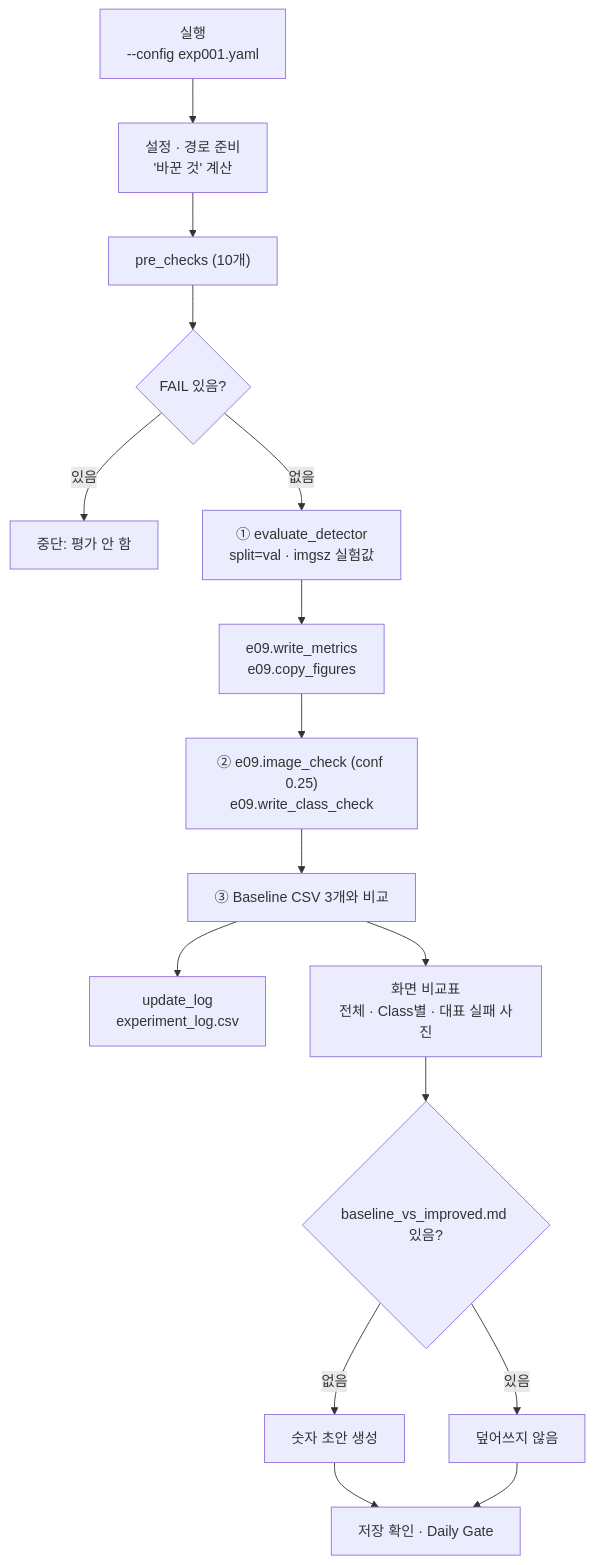
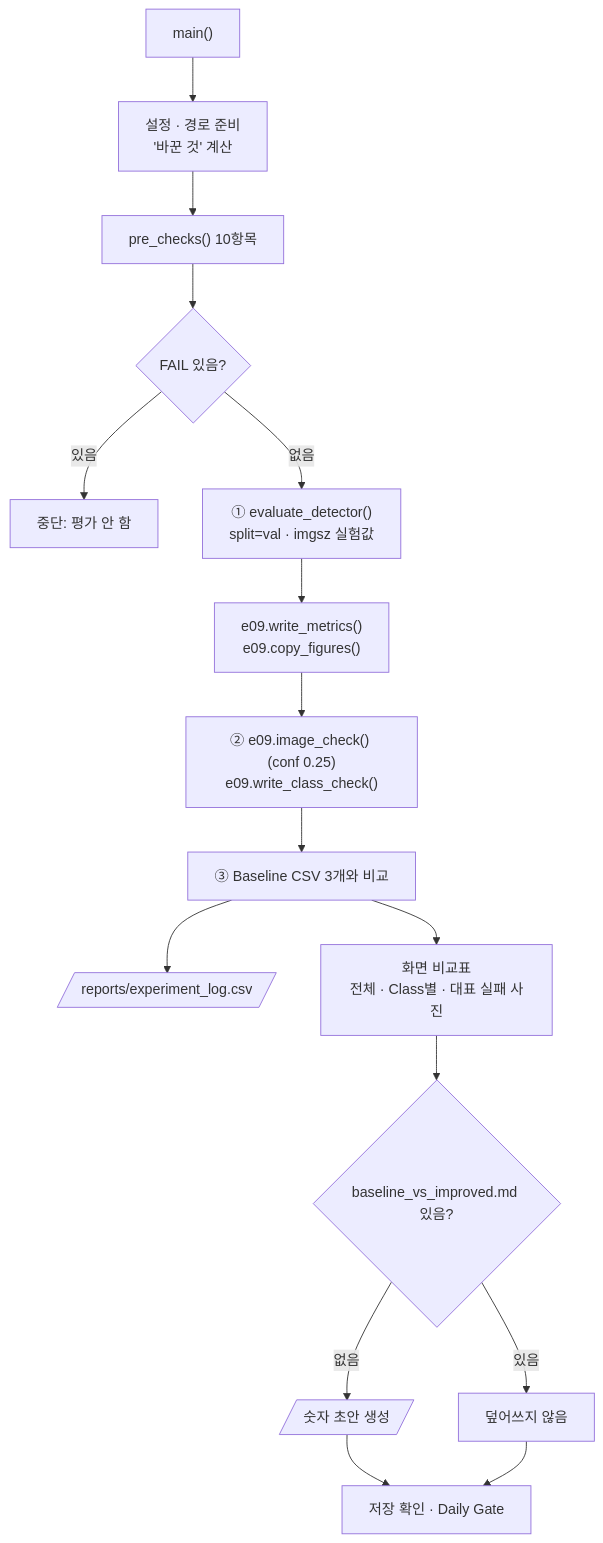
Before and after one commit to howolcat/prj2026.10: the diagram in prj08/docs/code_review/scripts/11_evaluate_experiment.md, drawn with Mermaid. The commit also changed other lines of this file and 8 other files, not shown here.

````diff
--- a/prj08/docs/code_review/scripts/11_evaluate_experiment.md
+++ b/prj08/docs/code_review/scripts/11_evaluate_experiment.md
@@ -59,18 +47,18 @@
 ```mermaid
 flowchart TD
-    A["실행<br/>--config exp001.yaml"] --> B["설정 · 경로 준비<br/>'바꾼 것' 계산"]
-    B --> C["pre_checks (10개)"]
+    A["main()"] --> B["설정 · 경로 준비<br/>'바꾼 것' 계산"]
+    B --> C["pre_checks() 10항목"]
     C --> D{"FAIL 있음?"}
-    D -- 있음 --> X["중단: 평가 안 함"]
-    D -- 없음 --> E["① evaluate_detector<br/>split=val · imgsz 실험값"]
-    E --> F["e09.write_metrics<br/>e09.copy_figures"]
-    F --> G["② e09.image_check (conf 0.25)<br/>e09.write_class_check"]
+    D -->|있음| X["중단: 평가 안 함"]
+    D -->|없음| E["① evaluate_detector()<br/>split=val · imgsz 실험값"]
+    E --> F["e09.write_metrics()<br/>e09.copy_figures()"]
+    F --> G["② e09.image_check() (conf 0.25)<br/>e09.write_class_check()"]
     G --> H["③ Baseline CSV 3개와 비교"]
-    H --> I["update_log<br/>experiment_log.csv"]
+    H --> I[/"reports/experiment_log.csv"/]
     H --> J["화면 비교표<br/>전체 · Class별 · 대표 실패 사진"]
     J --> K{"baseline_vs_improved.md 있음?"}
-    K -- 없음 --> L["숫자 초안 생성"]
-    K -- 있음 --> M["덮어쓰지 않음"]
+    K -->|없음| L[/"숫자 초안 생성"/]
+    K -->|있음| M["덮어쓰지 않음"]
     L --> N["저장 확인 · Daily Gate"]
     M --> N
 ```
````
